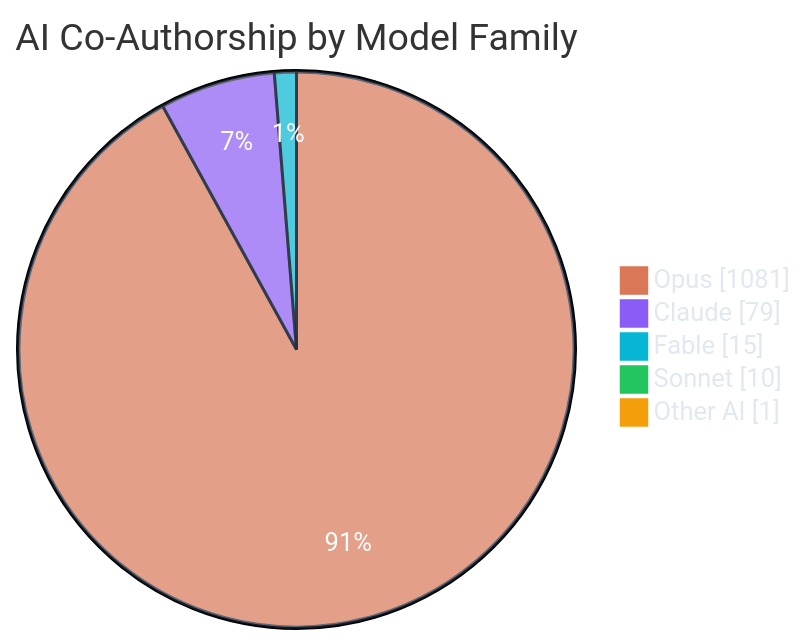
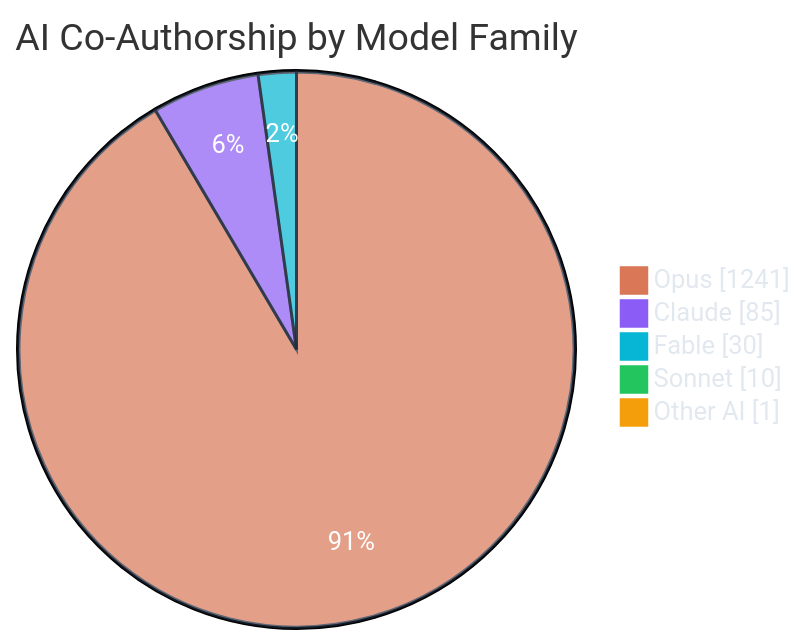
The third of 7 diagrams in README.md (polo-nyan/polo-nyan), drawn with Mermaid before and after one commit. The commit also changed other lines of this file and 1 other file, not shown here.

````diff
--- a/README.md
+++ b/README.md
@@ -279,10 +279,10 @@
 ```mermaid
 %%{init: {"theme": "base", "themeVariables": { "pie1": "#d97757", "pie2": "#8b5cf6", "pie3": "#06b6d4", "pie4": "#22c55e", "pie5": "#f59e0b", "pie6": "#ec4899", "pieTextColor": "#ffffff", "pieLegendTextColor": "#e2e8f0", "pieSectionTextColor": "#ffffff", "pieStrokeColor": "#1e293b" }}}%%
 pie showData
     title AI Co-Authorship by Model Family
-    "Opus" : 1081
-    "Claude" : 79
-    "Fable" : 15
+    "Opus" : 1241
+    "Claude" : 85
+    "Fable" : 30
     "Sonnet" : 10
     "Other AI" : 1
 ```
````
